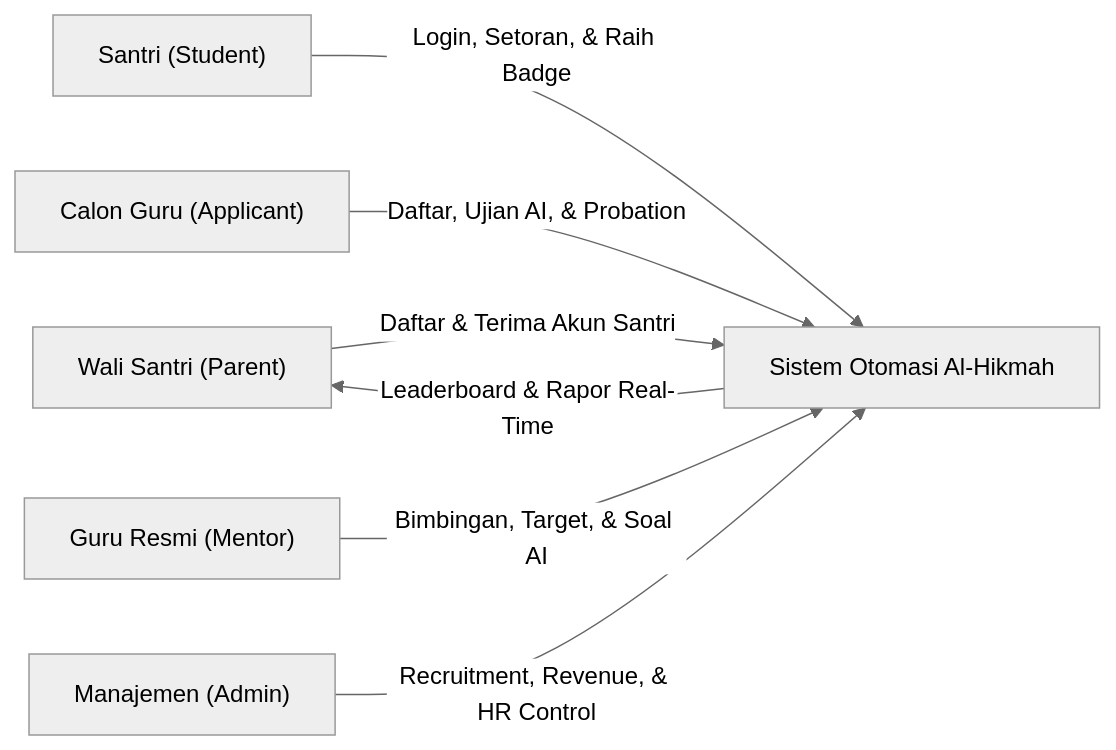
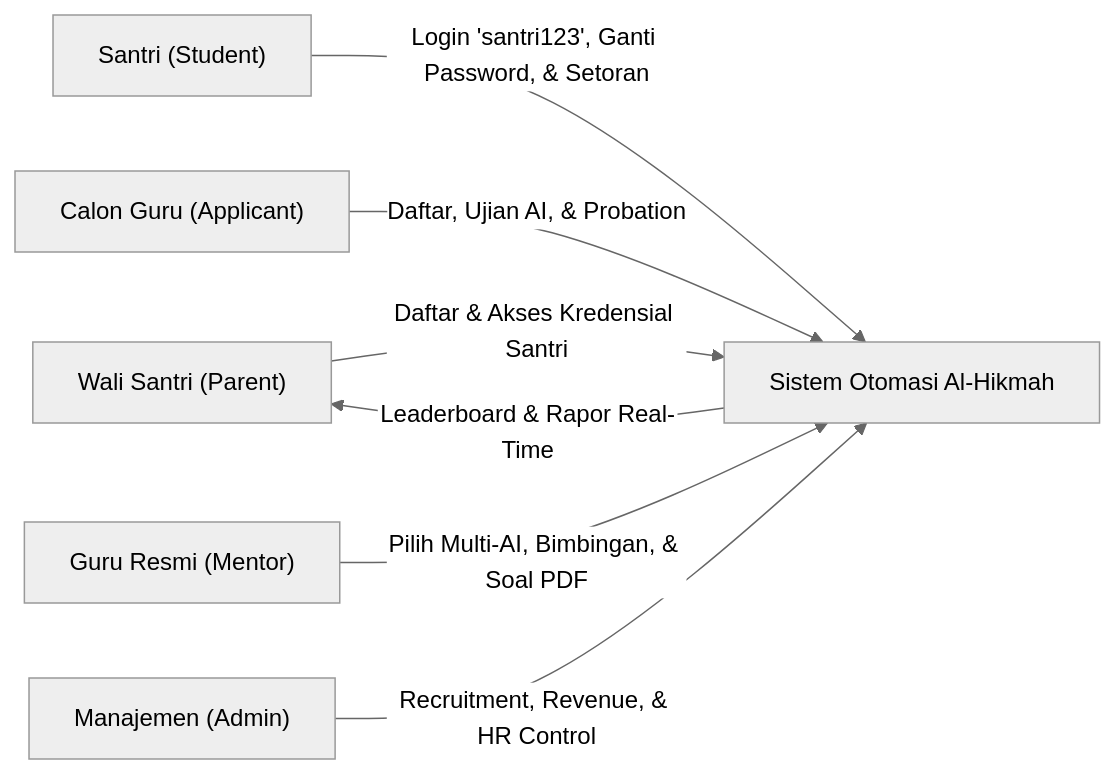
One commit to MasDan-stack/al-hikmah-lms changed the first of 3 diagrams in tentang.md. Above: the diagram before and after it, drawn with Mermaid (neutral theme). The commit also changed other lines of this file and 68 other files, not shown here.

````diff
--- a/tentang.md
+++ b/tentang.md
@@ -53,9 +60,9 @@
 ```mermaid
 graph LR
-    A["Wali Santri (Parent)"] -->|"Daftar & Terima Akun Santri"| B["Sistem Otomasi Al-Hikmah"]
-    C["Santri (Student)"] -->|"Login, Setoran, & Raih Badge"| B
+    A["Wali Santri (Parent)"] -->|"Daftar & Akses Kredensial Santri"| B["Sistem Otomasi Al-Hikmah"]
+    C["Santri (Student)"] -->|"Login 'santri123', Ganti Password, & Setoran"| B
     D["Calon Guru (Applicant)"] -->|"Daftar, Ujian AI, & Probation"| B
-    E["Guru Resmi (Mentor)"] -->|"Bimbingan, Target, & Soal AI"| B
+    E["Guru Resmi (Mentor)"] -->|"Pilih Multi-AI, Bimbingan, & Soal PDF"| B
     B -->|"Leaderboard & Rapor Real-Time"| A
     F["Manajemen (Admin)"] -->|"Recruitment, Revenue, & HR Control"| B
 ```
````
